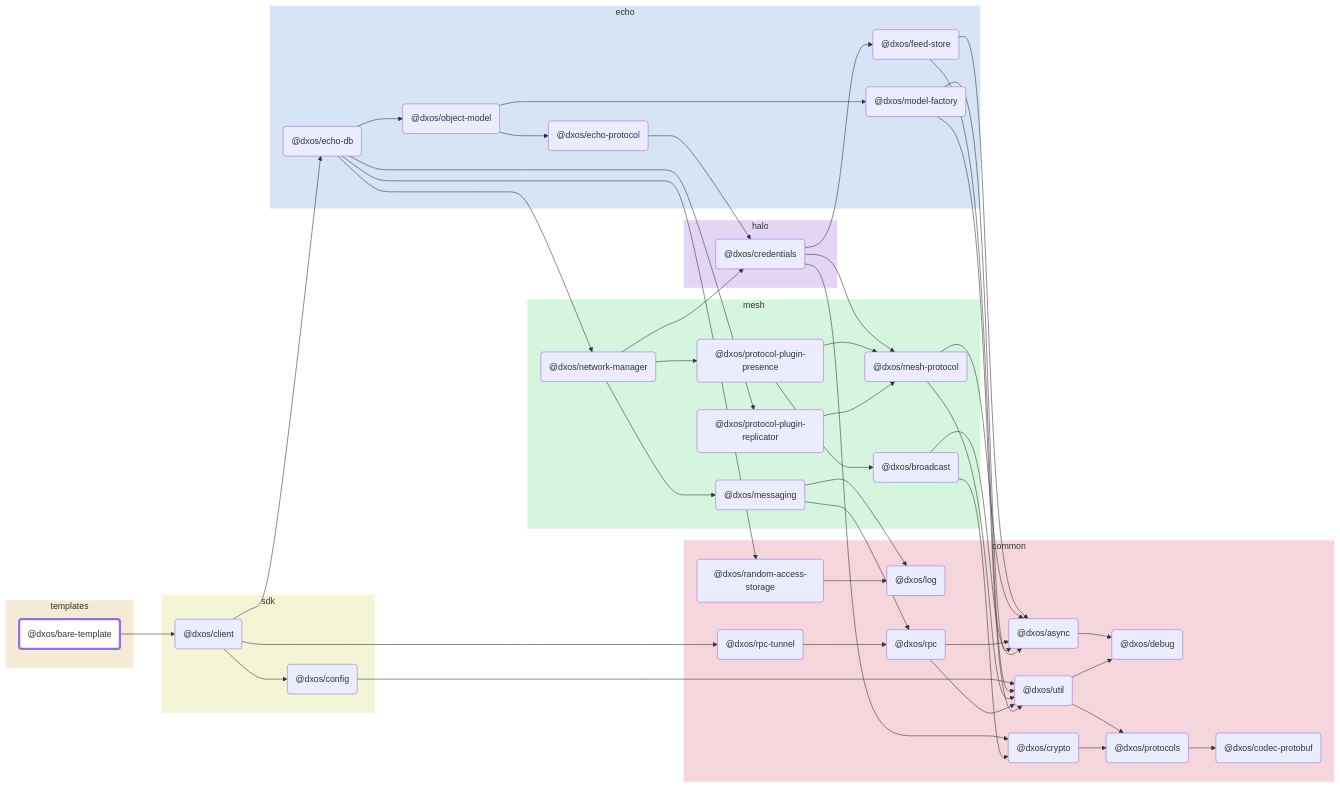
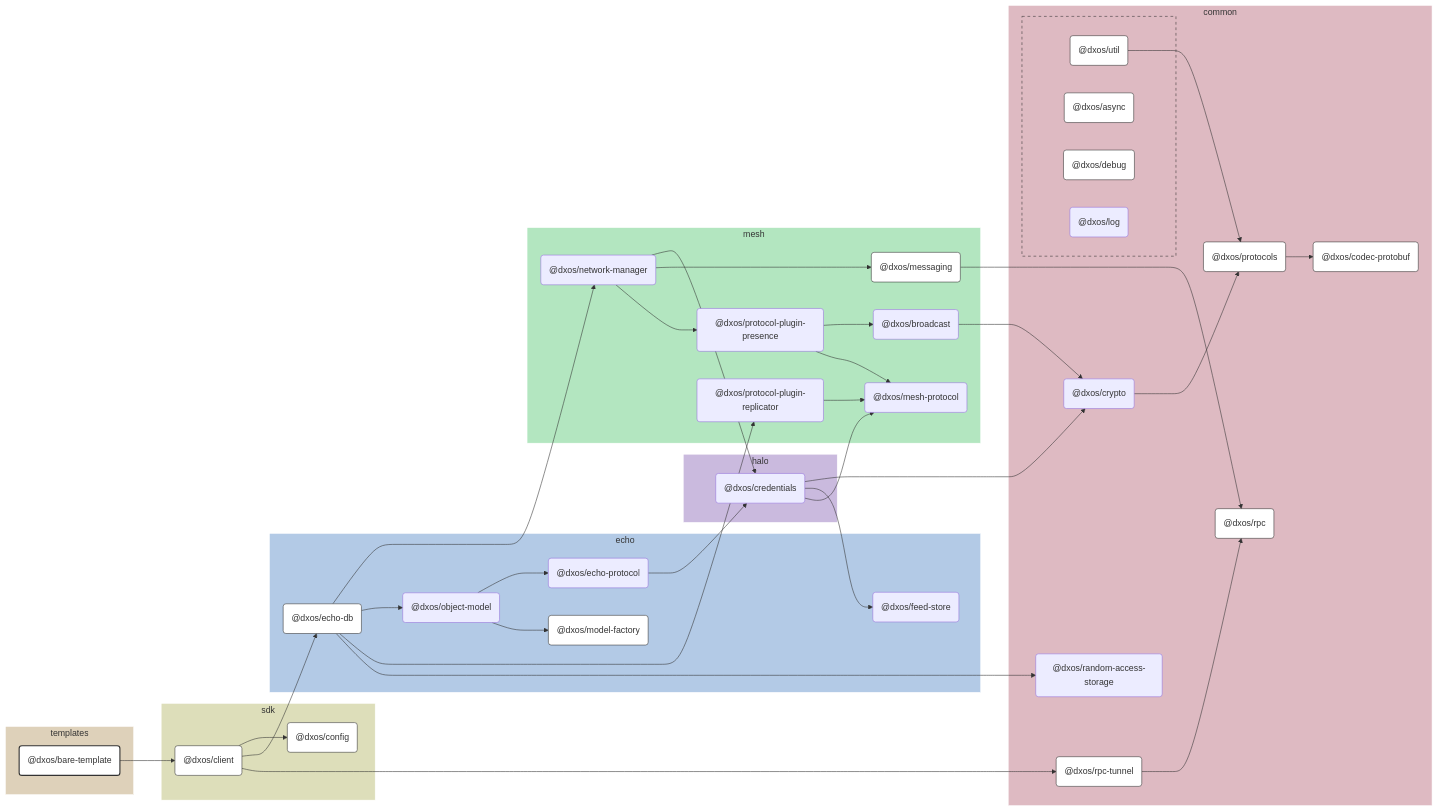
The diagram in apps/templates/bare/docs/README.md (dxos/dxos), drawn with Mermaid before and after one commit. The commit also changed 69 other files, not shown here.

````diff
--- a/apps/templates/bare/docs/README.md
+++ b/apps/templates/bare/docs/README.md
@@ -7,108 +7,129 @@
 ```mermaid
-flowchart LR;
+%%{ init: {'flowchart':{'curve':'basis'}} }%%
 
-style dxos/bare-template fill:#fff,stroke-width:4px;
+flowchart LR
 
-click dxos/client "https:/github.com/dxos/dxos/tree/main/packages/sdk/client/docs";
-click dxos/async "https:/github.com/dxos/dxos/tree/main/packages/common/async/docs";
-click dxos/codec-protobuf "https:/github.com/dxos/dxos/tree/main/packages/common/codec-protobuf/docs";
-click dxos/config "https:/github.com/dxos/dxos/tree/main/packages/sdk/config/docs";
-click dxos/debug "https:/github.com/dxos/dxos/tree/main/packages/common/debug/docs";
-click dxos/echo-db "https:/github.com/dxos/dxos/tree/main/packages/echo/echo-db/docs";
-click dxos/model-factory "https:/github.com/dxos/dxos/tree/main/packages/echo/model-factory/docs";
-click dxos/protocols "https:/github.com/dxos/dxos/tree/main/packages/common/protocols/docs";
-click dxos/rpc "https:/github.com/dxos/dxos/tree/main/packages/common/rpc/docs";
-click dxos/rpc-tunnel "https:/github.com/dxos/dxos/tree/main/packages/common/rpc-tunnel/docs";
-click dxos/messaging "https:/github.com/dxos/dxos/tree/main/packages/mesh/messaging/docs";
-click dxos/util "https:/github.com/dxos/dxos/tree/main/packages/common/util/docs";
+%% Links
+dxos/bare-template --> dxos/client;
+dxos/broadcast --> dxos/crypto;
+dxos/client --> dxos/config;
+dxos/client --> dxos/echo-db;
+dxos/client --> dxos/rpc-tunnel;
+dxos/credentials --> dxos/crypto;
+dxos/credentials --> dxos/feed-store;
+dxos/credentials --> dxos/mesh-protocol;
+dxos/crypto --> dxos/protocols;
+dxos/echo-db --> dxos/network-manager;
+dxos/echo-db --> dxos/object-model;
+dxos/echo-db --> dxos/protocol-plugin-replicator;
+dxos/echo-db --> dxos/random-access-storage;
+dxos/echo-protocol --> dxos/credentials;
+dxos/messaging --> dxos/rpc;
+dxos/network-manager --> dxos/credentials;
+dxos/network-manager --> dxos/messaging;
+dxos/network-manager --> dxos/protocol-plugin-presence;
+dxos/object-model --> dxos/echo-protocol;
+dxos/object-model --> dxos/model-factory;
+dxos/protocol-plugin-presence --> dxos/broadcast;
+dxos/protocol-plugin-presence --> dxos/mesh-protocol;
+dxos/protocol-plugin-replicator --> dxos/mesh-protocol;
+dxos/protocols --> dxos/codec-protobuf;
+dxos/rpc-tunnel --> dxos/rpc;
+dxos/util --> dxos/protocols;
 
+%% Sections
 subgraph templates
-  style templates fill:#f5ead6,stroke:#fff;
-  dxos/bare-template("@dxos/bare-template");
+  style templates fill:#ded1ba,stroke:#fff;
+
+  dxos/bare-template("@dxos/bare-template")
 end
 
 subgraph sdk
-  style sdk fill:#f4f5d6,stroke:#fff;
-  dxos/client("@dxos/client");
-  dxos/config("@dxos/config");
+  style sdk fill:#dddeba,stroke:#fff;
+
+  dxos/client("@dxos/client")
+  dxos/config("@dxos/config")
 end
 
 subgraph common
-  style common fill:#f5d6dd,stroke:#fff;
-  dxos/async("@dxos/async");
-  dxos/debug("@dxos/debug");
-  dxos/codec-protobuf("@dxos/codec-protobuf");
-  dxos/protocols("@dxos/protocols");
-  dxos/util("@dxos/util");
-  dxos/log("@dxos/log");
-  dxos/crypto("@dxos/crypto");
-  dxos/rpc("@dxos/rpc");
-  dxos/random-access-storage("@dxos/random-access-storage");
-  dxos/rpc-tunnel("@dxos/rpc-tunnel");
+  style common fill:#debac2,stroke:#fff;
+
+  dxos/codec-protobuf("@dxos/codec-protobuf")
+  dxos/crypto("@dxos/crypto")
+  dxos/protocols("@dxos/protocols")
+  dxos/random-access-storage("@dxos/random-access-storage")
+  dxos/rpc("@dxos/rpc")
+  dxos/rpc-tunnel("@dxos/rpc-tunnel")
+
+  subgraph common-excluded [ ]
+    style common-excluded fill:#debac2,stroke:#333,stroke-dasharray:5 5;
+
+    dxos/async("@dxos/async")
+    dxos/debug("@dxos/debug")
+    dxos/log("@dxos/log")
+    dxos/util("@dxos/util")
+  end
 end
 
 subgraph echo
-  style echo fill:#d6e4f5,stroke:#fff;
-  dxos/echo-db("@dxos/echo-db");
-  dxos/feed-store("@dxos/feed-store");
-  dxos/echo-protocol("@dxos/echo-protocol");
-  dxos/model-factory("@dxos/model-factory");
-  dxos/object-model("@dxos/object-model");
+  style echo fill:#b3cae6,stroke:#fff;
+
+  dxos/echo-db("@dxos/echo-db")
+  dxos/echo-protocol("@dxos/echo-protocol")
+  dxos/feed-store("@dxos/feed-store")
+  dxos/model-factory("@dxos/model-factory")
+  dxos/object-model("@dxos/object-model")
 end
 
 subgraph halo
-  style halo fill:#e3d6f5,stroke:#fff;
-  dxos/credentials("@dxos/credentials");
+  style halo fill:#cabade,stroke:#fff;
+
+  dxos/credentials("@dxos/credentials")
 end
 
 subgraph mesh
-  style mesh fill:#d6f5de,stroke:#fff;
-  dxos/mesh-protocol("@dxos/mesh-protocol");
-  dxos/messaging("@dxos/messaging");
-  dxos/network-manager("@dxos/network-manager");
-  dxos/protocol-plugin-presence("@dxos/protocol-plugin-presence");
-  dxos/broadcast("@dxos/broadcast");
-  dxos/protocol-plugin-replicator("@dxos/protocol-plugin-replicator");
+  style mesh fill:#b3e6c0,stroke:#fff;
+
+  dxos/broadcast("@dxos/broadcast")
+  dxos/mesh-protocol("@dxos/mesh-protocol")
+  dxos/messaging("@dxos/messaging")
+  dxos/network-manager("@dxos/network-manager")
+  dxos/protocol-plugin-presence("@dxos/protocol-plugin-presence")
+  dxos/protocol-plugin-replicator("@dxos/protocol-plugin-replicator")
 end
 
-dxos/bare-template --> dxos/client;
-dxos/async --> dxos/debug;
-dxos/client --> dxos/config;
-dxos/protocols --> dxos/codec-protobuf;
-dxos/config --> dxos/util;
-dxos/util --> dxos/debug;
-dxos/util --> dxos/protocols;
-dxos/client --> dxos/echo-db;
-dxos/credentials --> dxos/crypto;
-dxos/crypto --> dxos/protocols;
-dxos/credentials --> dxos/feed-store;
-dxos/feed-store --> dxos/async;
-dxos/feed-store --> dxos/util;
-dxos/credentials --> dxos/mesh-protocol;
-dxos/mesh-protocol --> dxos/async;
-dxos/mesh-protocol --> dxos/util;
-dxos/echo-protocol --> dxos/credentials;
-dxos/messaging --> dxos/log;
-dxos/messaging --> dxos/rpc;
-dxos/rpc --> dxos/async;
-dxos/rpc --> dxos/util;
-dxos/model-factory --> dxos/async;
-dxos/model-factory --> dxos/util;
-dxos/echo-db --> dxos/network-manager;
-dxos/network-manager --> dxos/credentials;
-dxos/network-manager --> dxos/messaging;
-dxos/network-manager --> dxos/protocol-plugin-presence;
-dxos/protocol-plugin-presence --> dxos/broadcast;
-dxos/broadcast --> dxos/async;
-dxos/broadcast --> dxos/crypto;
-dxos/protocol-plugin-presence --> dxos/mesh-protocol;
-dxos/echo-db --> dxos/object-model;
-dxos/object-model --> dxos/echo-protocol;
-dxos/object-model --> dxos/model-factory;
-dxos/echo-db --> dxos/protocol-plugin-replicator;
-dxos/protocol-plugin-replicator --> dxos/mesh-protocol;
-dxos/echo-db --> dxos/random-access-storage;
-dxos/random-access-storage --> dxos/log;
-dxos/client --> dxos/rpc-tunnel;
-dxos/rpc-tunnel --> dxos/rpc;
+
+%% Hyperlinks
+click dxos/async "dxos/dxos/tree/main/packages/common/async/docs";
+click dxos/client "dxos/dxos/tree/main/packages/sdk/client/docs";
+click dxos/codec-protobuf "dxos/dxos/tree/main/packages/common/codec-protobuf/docs";
+click dxos/config "dxos/dxos/tree/main/packages/sdk/config/docs";
+click dxos/debug "dxos/dxos/tree/main/packages/common/debug/docs";
+click dxos/echo-db "dxos/dxos/tree/main/packages/echo/echo-db/docs";
+click dxos/messaging "dxos/dxos/tree/main/packages/mesh/messaging/docs";
+click dxos/model-factory "dxos/dxos/tree/main/packages/echo/model-factory/docs";
+click dxos/protocols "dxos/dxos/tree/main/packages/common/protocols/docs";
+click dxos/rpc "dxos/dxos/tree/main/packages/common/rpc/docs";
+click dxos/rpc-tunnel "dxos/dxos/tree/main/packages/common/rpc-tunnel/docs";
+click dxos/util "dxos/dxos/tree/main/packages/common/util/docs";
+
+%% Styles
+classDef rootNode fill:#fff,stroke:#333,stroke-width:2px
+classDef defaultNode fill:#fff,stroke:#333,stroke-width:1px
+linkStyle default stroke:#333,stroke-width:1px
+
+dxos/bare-template:::rootNode
+
+dxos/async:::defaultNode
+dxos/client:::defaultNode
+dxos/codec-protobuf:::defaultNode
+dxos/config:::defaultNode
+dxos/debug:::defaultNode
+dxos/echo-db:::defaultNode
+dxos/messaging:::defaultNode
+dxos/model-factory:::defaultNode
+dxos/protocols:::defaultNode
+dxos/rpc:::defaultNode
+dxos/rpc-tunnel:::defaultNode
+dxos/util:::defaultNode
 ```
````
